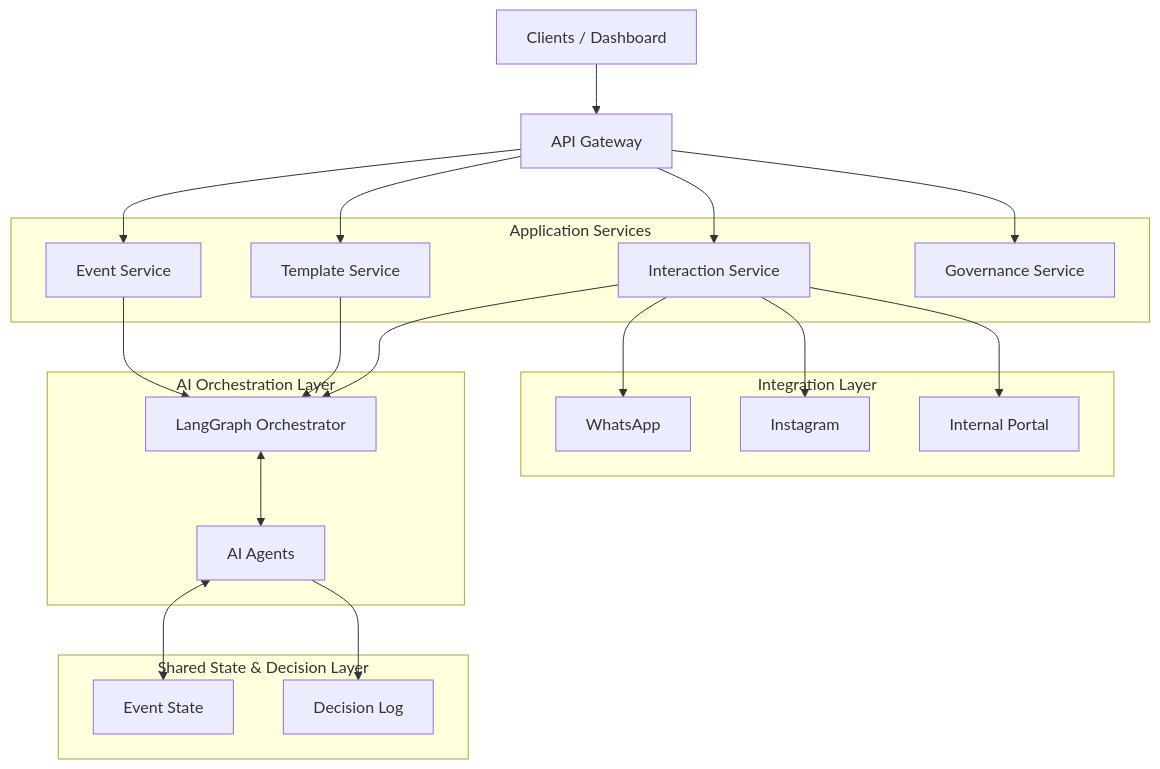
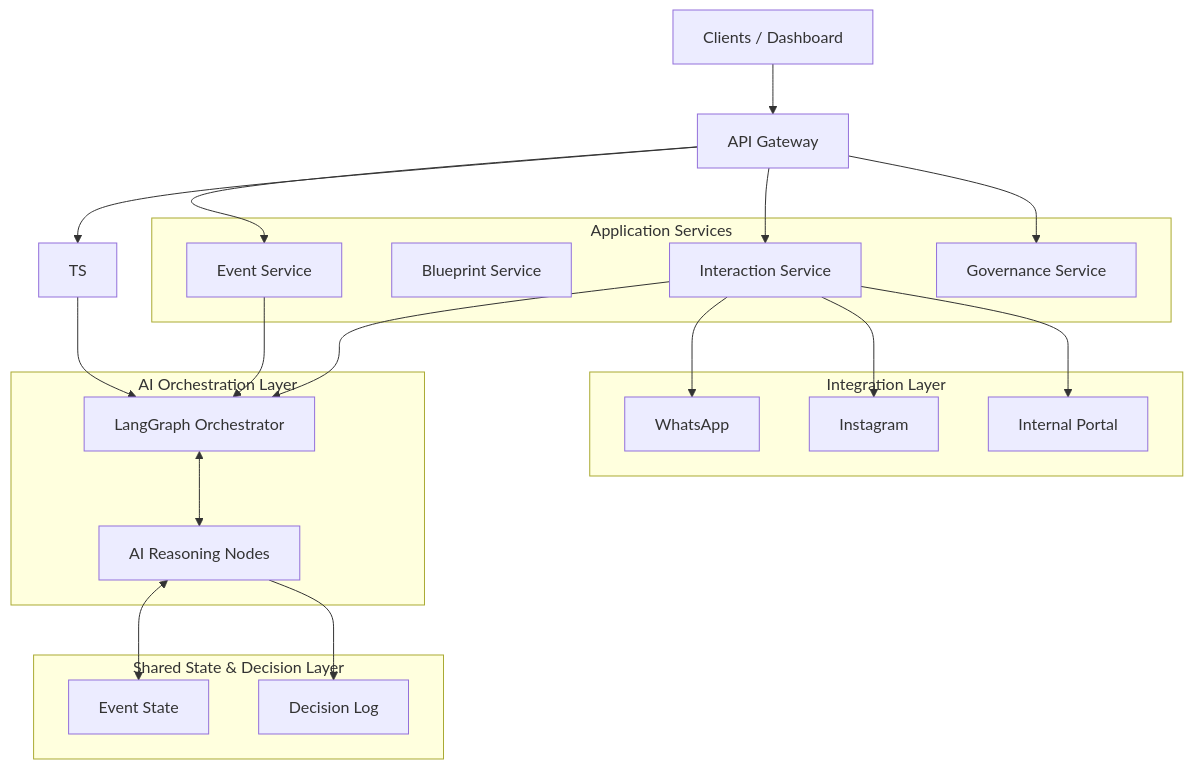
Before and after one commit to acavalcanti/ai-event-platform: the diagram in docs/01-overview/architecture-overview.md, drawn with Mermaid. The commit also changed other lines of this file and 4 other files, not shown here.

````diff
--- a/docs/01-overview/architecture-overview.md
+++ b/docs/01-overview/architecture-overview.md
@@ -134,49 +134,49 @@
 ```mermaid
 flowchart TD
 
     UI[Clients / Dashboard]
     API[API Gateway]
 
     subgraph APP[Application Services]
         ES[Event Service]
-        TS[Template Service]
+        BS[Blueprint Service]
         IS[Interaction Service]
         GS[Governance Service]
     end
 
     subgraph AI[AI Orchestration Layer]
         ORCH[LangGraph Orchestrator]
-        AGENTS[AI Agents]
+        RNODES[AI Reasoning Nodes]
     end
 
     subgraph STATE[Shared State & Decision Layer]
         STATESTORE[Event State]
         DECISIONLOG[Decision Log]
     end
 
     subgraph EXT[Integration Layer]
         WA[WhatsApp]
         IG[Instagram]
         PORTAL[Internal Portal]
     end
 
     UI --> API
 
     API --> ES
     API --> TS
     API --> IS
     API --> GS
 
     ES --> ORCH
     TS --> ORCH
     IS --> ORCH
 
-    ORCH <--> AGENTS
+    ORCH <--> RNODES
 
-    AGENTS <--> STATESTORE
-    AGENTS --> DECISIONLOG
+    RNODES <--> STATESTORE
+    RNODES --> DECISIONLOG
 
     IS --> WA
     IS --> IG
     IS --> PORTAL
 ```
````
